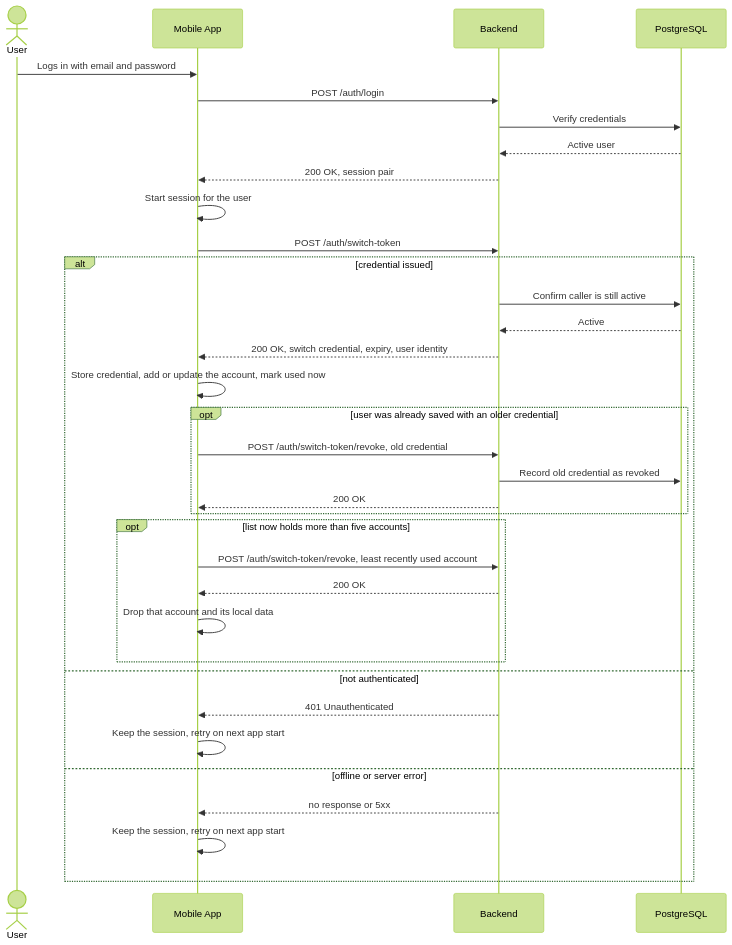
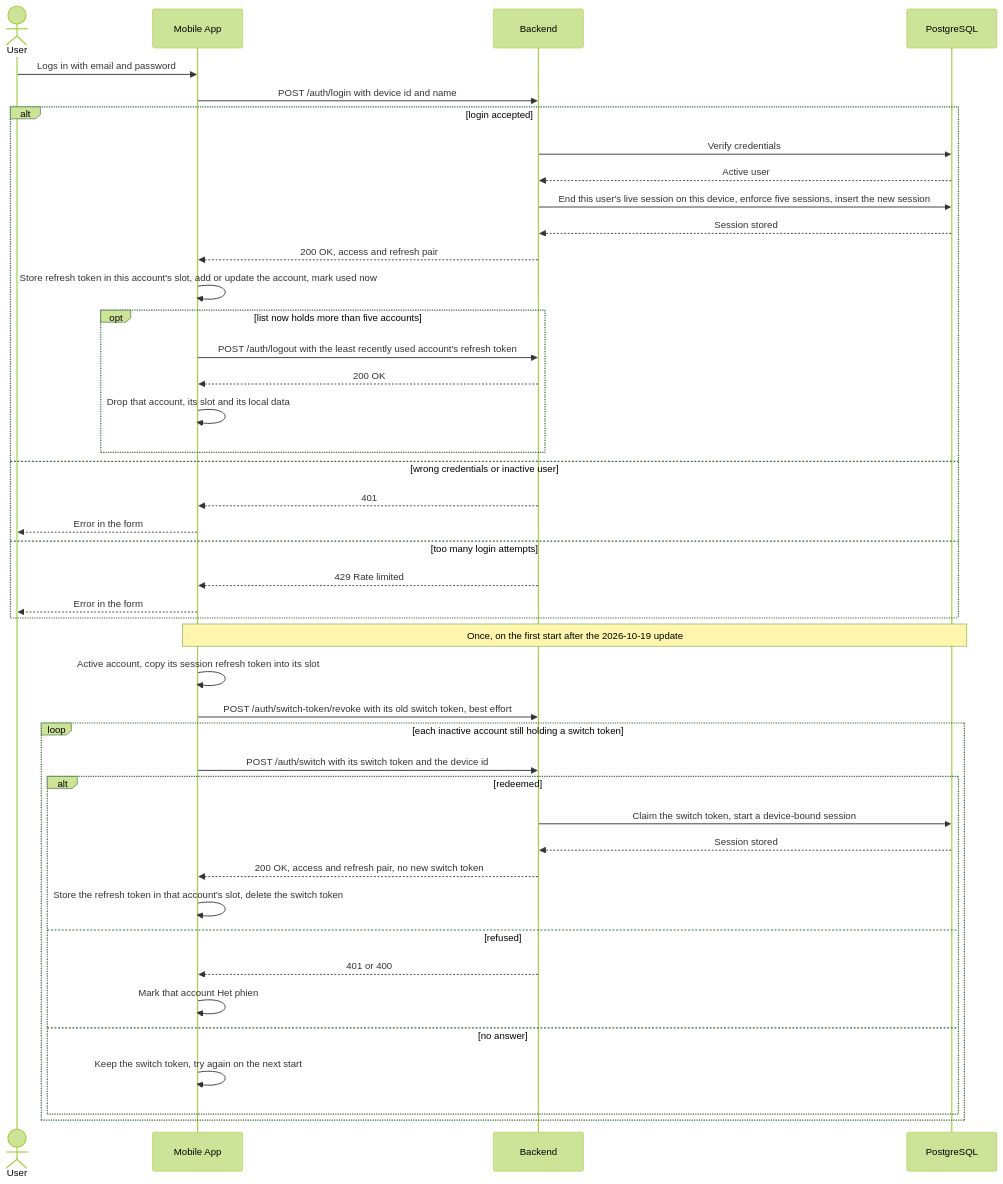
One commit to tommyledev-gif/pfm changed the first of 12 diagrams in specs/mobile-account-switch/plan.md. Above: the diagram before and after it, drawn with Mermaid (forest theme). The commit also changed other lines of this file and 115 other files, not shown here.

First line of the commit message:
feat: device-bound sessions, signed-in devices, change password, app lock

````diff
--- a/specs/mobile-account-switch/plan.md
+++ b/specs/mobile-account-switch/plan.md
@@ -250,37 +388,46 @@
 ```mermaid
 sequenceDiagram
     actor User
     participant App as Mobile App
     participant BE as Backend
     participant DB as PostgreSQL
 
     User->>App: Logs in with email and password
-    App->>BE: POST /auth/login
-    BE->>DB: Verify credentials
-    DB-->>BE: Active user
-    BE-->>App: 200 OK, session pair
-    App->>App: Start session for the user
-    App->>BE: POST /auth/switch-token
-    alt credential issued
-        BE->>DB: Confirm caller is still active
-        DB-->>BE: Active
-        BE-->>App: 200 OK, switch credential, expiry, user identity
-        App->>App: Store credential, add or update the account, mark used now
-        opt user was already saved with an older credential
-            App->>BE: POST /auth/switch-token/revoke, old credential
-            BE->>DB: Record old credential as revoked
+    App->>BE: POST /auth/login with device id and name
+    alt login accepted
+        BE->>DB: Verify credentials
+        DB-->>BE: Active user
+        BE->>DB: End this user's live session on this device, enforce five sessions, insert the new session
+        DB-->>BE: Session stored
+        BE-->>App: 200 OK, access and refresh pair
+        App->>App: Store refresh token in this account's slot, add or update the account, mark used now
+        opt list now holds more than five accounts
+            App->>BE: POST /auth/logout with the least recently used account's refresh token
             BE-->>App: 200 OK
+            App->>App: Drop that account, its slot and its local data
         end
-        opt list now holds more than five accounts
-            App->>BE: POST /auth/switch-token/revoke, least recently used account
-            BE-->>App: 200 OK
-            App->>App: Drop that account and its local data
+    else wrong credentials or inactive user
+        BE-->>App: 401
+        App-->>User: Error in the form
+    else too many login attempts
+        BE-->>App: 429 Rate limited
+        App-->>User: Error in the form
+    end
+    Note over App,DB: Once, on the first start after the 2026-10-19 update
+    App->>App: Active account, copy its session refresh token into its slot
+    App->>BE: POST /auth/switch-token/revoke with its old switch token, best effort
+    loop each inactive account still holding a switch token
+        App->>BE: POST /auth/switch with its switch token and the device id
+        alt redeemed
+            BE->>DB: Claim the switch token, start a device-bound session
+            DB-->>BE: Session stored
+            BE-->>App: 200 OK, access and refresh pair, no new switch token
+            App->>App: Store the refresh token in that account's slot, delete the switch token
+        else refused
+            BE-->>App: 401 or 400
+            App->>App: Mark that account Het phien
+        else no answer
+            App->>App: Keep the switch token, try again on the next start
         end
-    else not authenticated
-        BE-->>App: 401 Unauthenticated
-        App->>App: Keep the session, retry on next app start
-    else offline or server error
-        BE-->>App: no response or 5xx
-        App->>App: Keep the session, retry on next app start
     end
 ```
````
